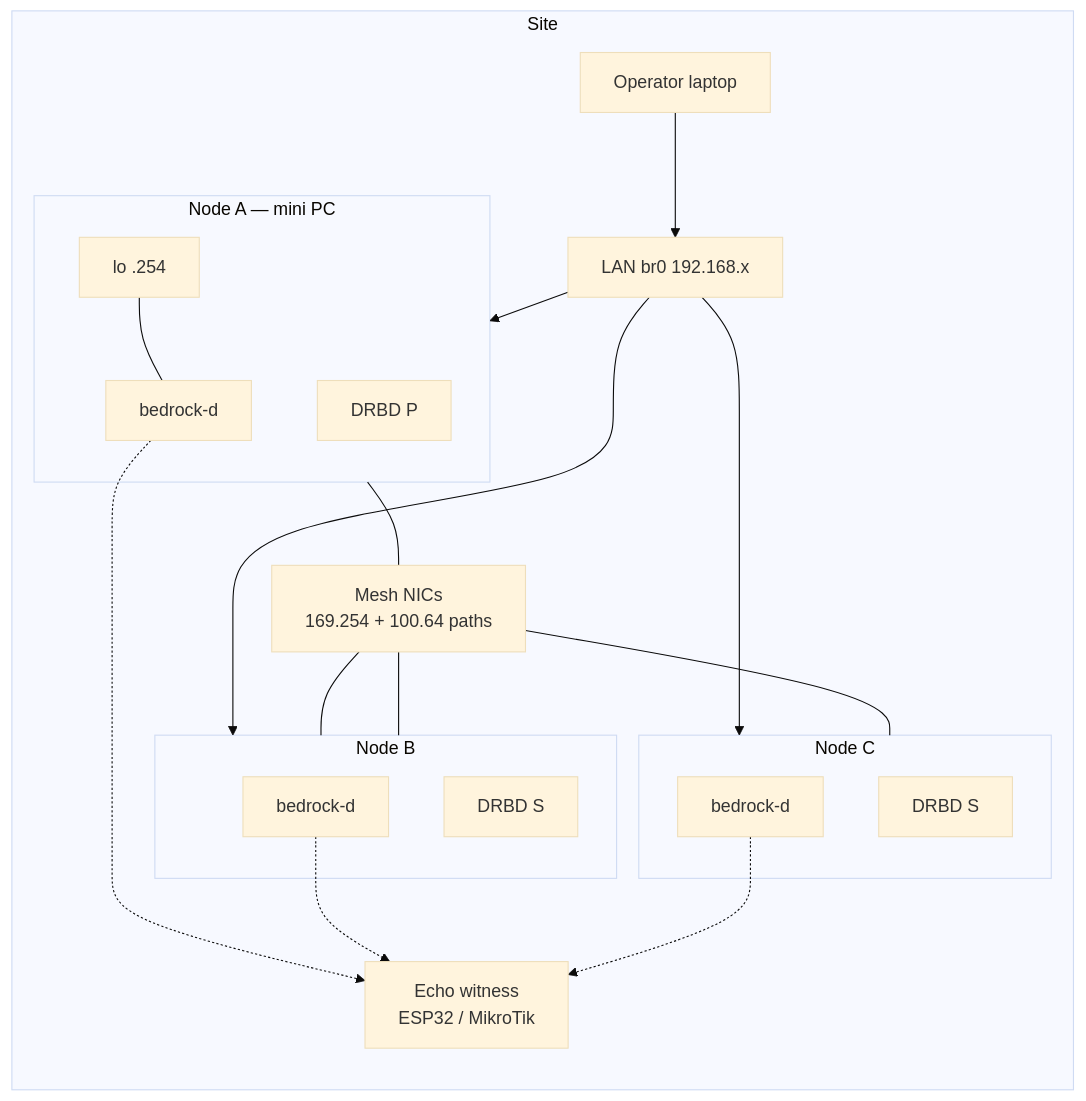
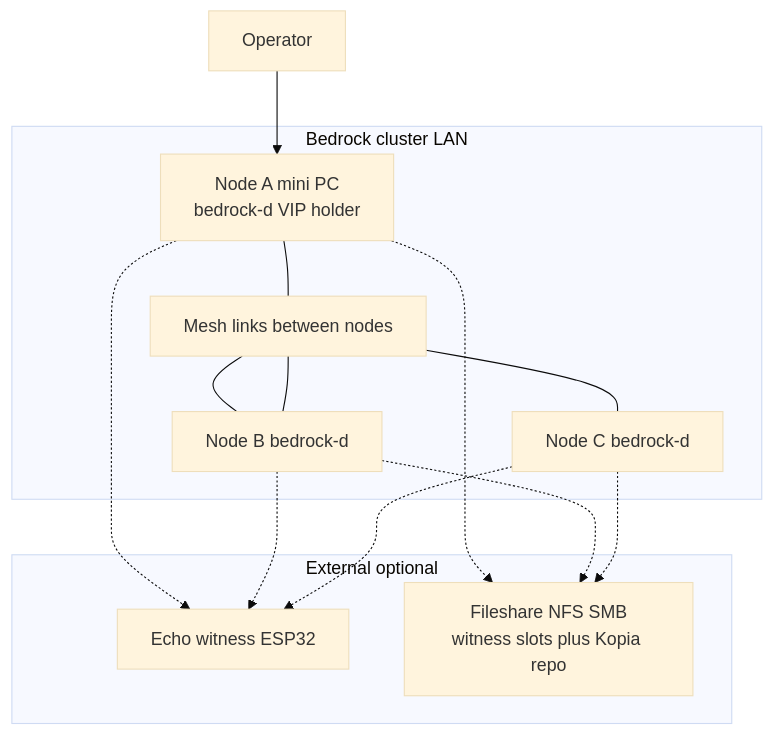
One commit to tommyvanderwal/Bedrock changed the sixth of 6 diagrams in docs/c4-architecture.md. Above: the diagram before and after it, drawn with Mermaid (base theme). The commit also changed other lines of this file, not shown here.

First line of the commit message:
docs(c4): simplify L1/L2 diagrams and document witness backends

````diff
--- a/docs/c4-architecture.md
+++ b/docs/c4-architecture.md
@@ -287,30 +208,20 @@
 ```mermaid
-flowchart LR
-    subgraph site["Site"]
-        operator["Operator laptop"]
-        echo["Echo witness<br/>ESP32 / MikroTik"]
-
-        subgraph n1["Node A — mini PC"]
-            bd1["bedrock-d"]
-            drbd1["DRBD P"]
-            vip["lo .254"]
-        end
-        subgraph n2["Node B"]
-            bd2["bedrock-d"]
-            drbd2["DRBD S"]
-        end
-        subgraph n3["Node C"]
-            bd3["bedrock-d"]
-            drbd3["DRBD S"]
-        end
-
-        br0["LAN br0 192.168.x"]
-        mesh["Mesh NICs<br/>169.254 + 100.64 paths"]
+flowchart TB
+    op["Operator"]
+    subgraph ext["External optional"]
+        echo["Echo witness ESP32"]
+        share["Fileshare NFS SMB<br/>witness slots plus Kopia repo"]
     end
 
-    operator --> br0
-    br0 --> n1 & n2 & n3
+    subgraph cluster["Bedrock cluster LAN"]
+        n1["Node A mini PC<br/>bedrock-d VIP holder"]
+        n2["Node B bedrock-d"]
+        n3["Node C bedrock-d"]
+        mesh["Mesh links between nodes"]
+    end
+
+    op --> n1
     n1 --- mesh --- n2 --- mesh --- n3
-    bd1 & bd2 & bd3 -.-> echo
-    vip --- bd1
+    n1 & n2 & n3 -.-> echo
+    n1 & n2 & n3 -.-> share
 ```
````
